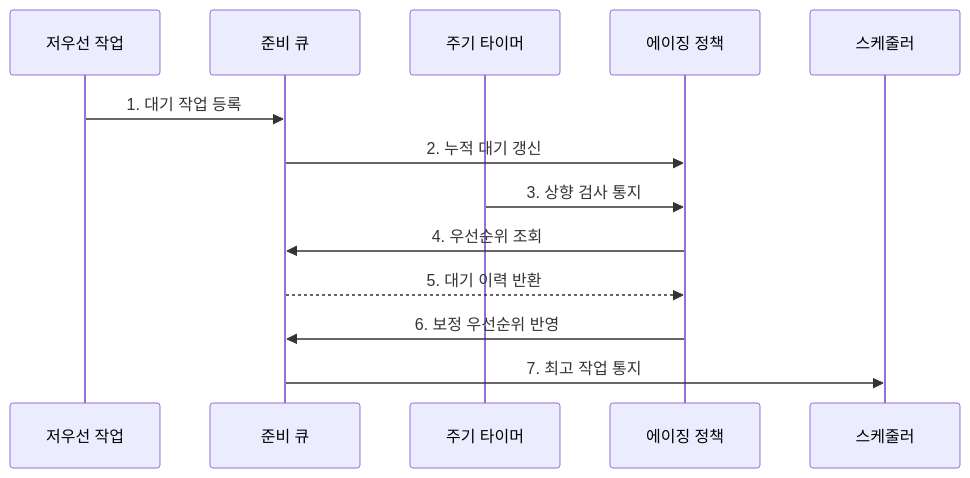
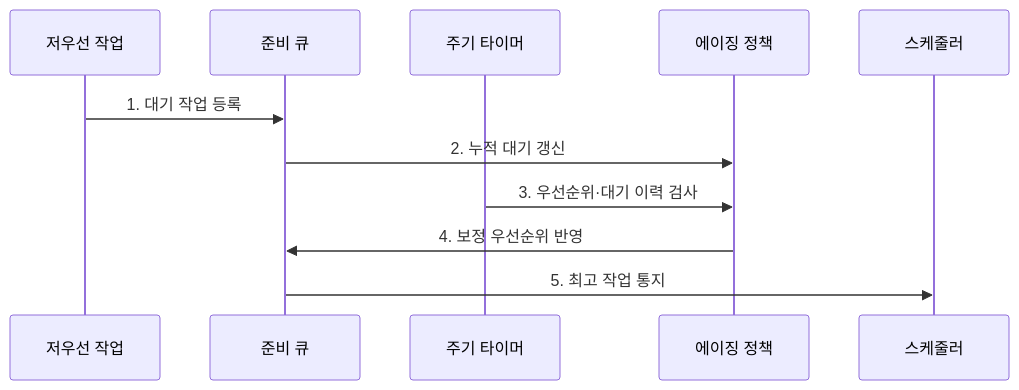
The second of 2 diagrams in src/content/docs/notes/03-software/011_starvation_aging.md (agnusdei1207/knowledge-base), drawn with Mermaid before and after one commit. The commit also changed other lines of this file and 238 other files, not shown here.

````diff
--- a/src/content/docs/notes/03-software/011_starvation_aging.md
+++ b/src/content/docs/notes/03-software/011_starvation_aging.md
@@ -92,15 +92,13 @@
 ```mermaid
 sequenceDiagram
     participant P as 저우선 작업
     participant Q as 준비 큐
     participant T as 주기 타이머
     participant A as 에이징 정책
     participant S as 스케줄러
     P->>Q: 1. 대기 작업 등록
     Q->>A: 2. 누적 대기 갱신
-    T->>A: 3. 상향 검사 통지
-    A->>Q: 4. 우선순위 조회
-    Q-->>A: 5. 대기 이력 반환
-    A->>Q: 6. 보정 우선순위 반영
-    Q->>S: 7. 최고 작업 통지
+    T->>A: 3. 우선순위·대기 이력 검사
+    A->>Q: 4. 보정 우선순위 반영
+    Q->>S: 5. 최고 작업 통지
 ```
````
